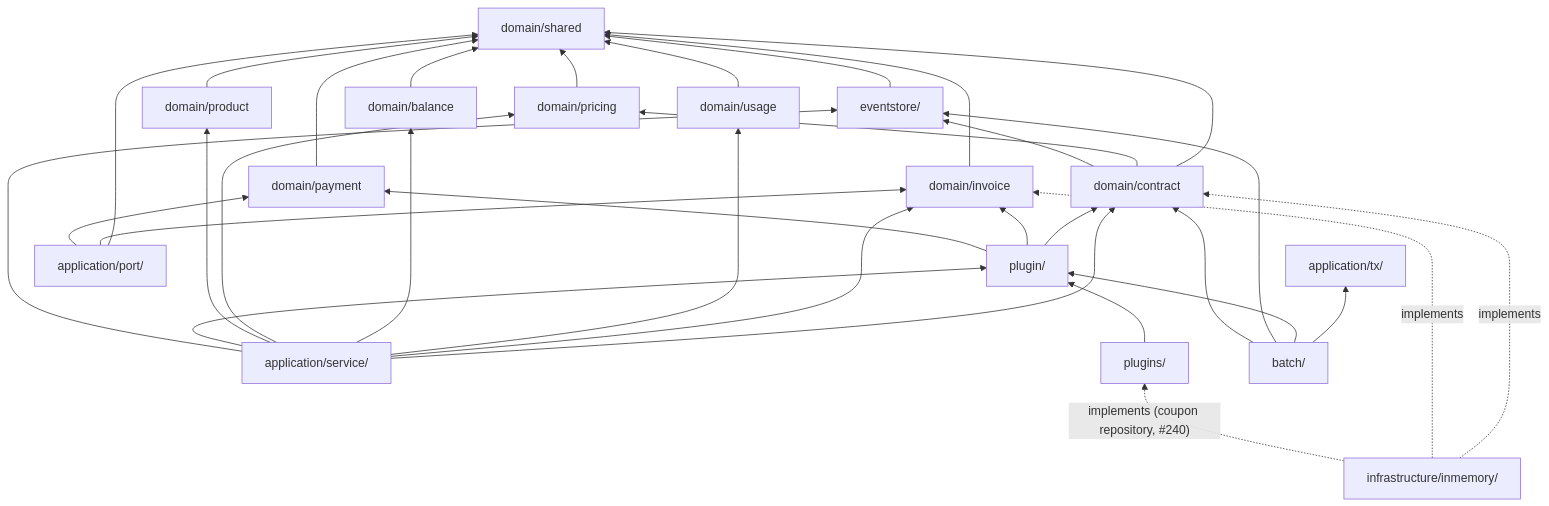
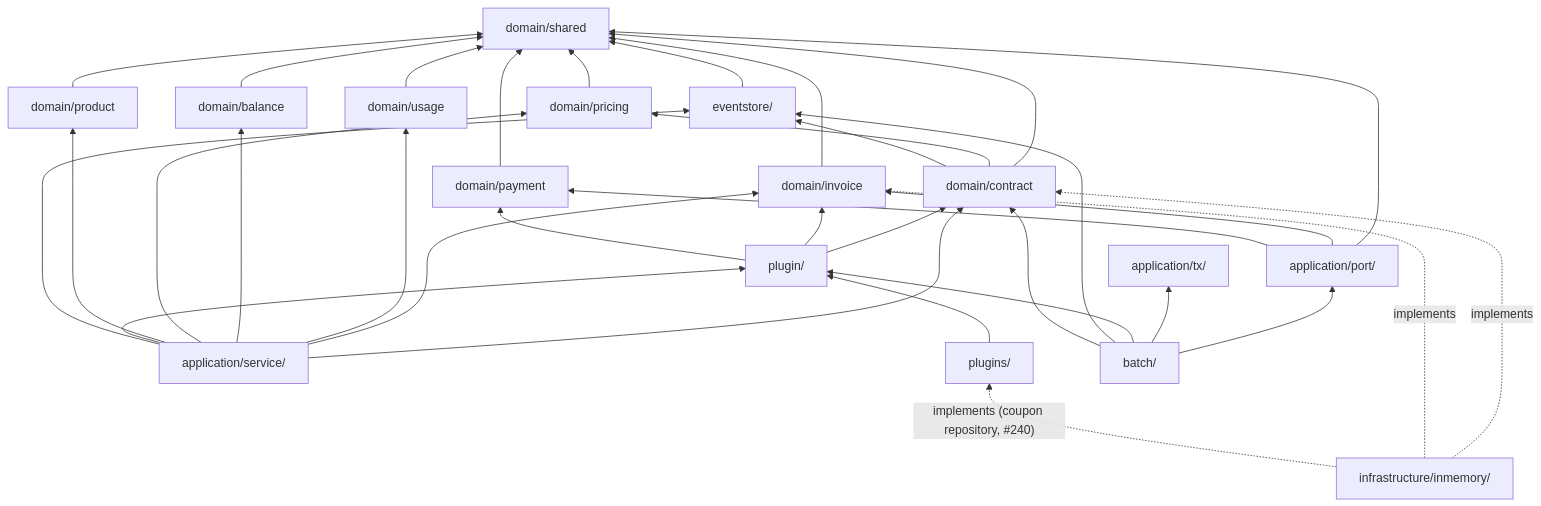
The third of 5 diagrams in docs/architecture.md (contract-to-cash/core), drawn with Mermaid before and after one commit. The commit also changed 3 other files, not shown here.

````diff
--- a/docs/architecture.md
+++ b/docs/architecture.md
@@ -85,39 +85,41 @@
 ```mermaid
 graph BT
     shared["domain/shared"]
     contract["domain/contract"] --> shared
     invoice["domain/invoice"] --> shared
     payment["domain/payment"] --> shared
     balance["domain/balance"] --> shared
     usage["domain/usage"] --> shared
     product["domain/product"] --> shared
     pricing["domain/pricing"] --> shared
     contract --> pricing
     eventstore["eventstore/"] --> shared
     contract --> eventstore
     plugin["plugin/"] --> contract
     plugin --> invoice
     plugin --> payment
     appService["application/service/"] --> contract
     appService --> invoice
     appService --> usage
     appService --> balance
     appService --> pricing
     appService --> product
     appService --> plugin
     appService --> eventstore
     port["application/port/"] --> shared
     port --> invoice
     port --> payment
     infra["infrastructure/inmemory/"] -.->|implements| contract
     infra -.->|implements| invoice
     plugins["plugins/"] --> plugin
     infra -.->|"implements (coupon repository, #240)"| plugins
-    %% batch/ does NOT import application/service. Direct deps shown below;
-    %% it also imports domain/balance, domain/pricing, domain/shared directly
-    %% (edges omitted for readability).
-    batch["batch/"] --> tx["application/tx/"]
+    %% batch/ does NOT import application/service — it uses narrow seams
+    %% (e.g. batch.PendingPaymentFailer) instead. Direct deps shown below;
+    %% it also imports domain/invoice, domain/payment, domain/balance,
+    %% domain/pricing, domain/shared directly (edges omitted for readability).
+    batch["batch/"] --> port
+    batch --> tx["application/tx/"]
     batch --> plugin
     batch --> eventstore
     batch --> contract
 ```
````
